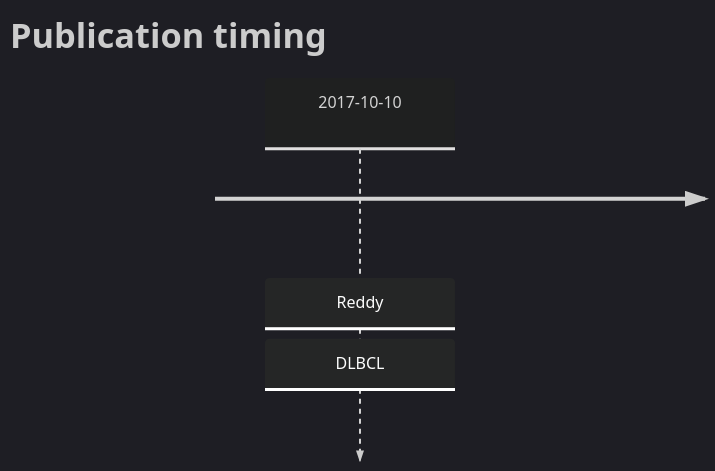
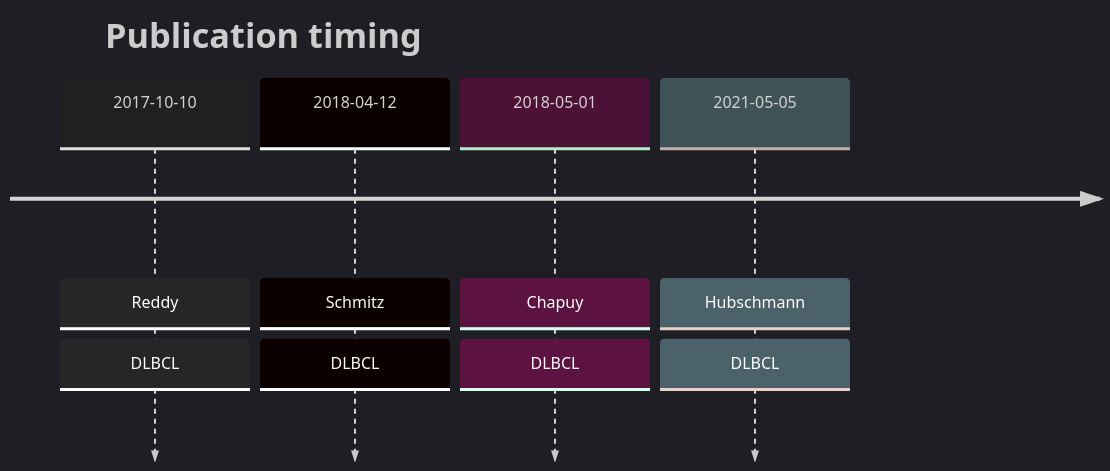
The diagram in TOX.md (morinlab/lymphopedia), drawn with Mermaid before and after one commit. The commit also changed other lines of this file, not shown here.

````diff
--- a/TOX.md
+++ b/TOX.md
@@ -9,6 +9,9 @@
 ```mermaid
 %%{init: { 'logLevel': 'debug', 'theme': 'dark' } }%%
 timeline
     title Publication timing
-      2017-10-10 : Reddy : DLBCL
+2017-10-10 : Reddy : DLBCL
+2018-04-12 : Schmitz : DLBCL
+2018-05-01 : Chapuy : DLBCL
+2021-05-05 : Hubschmann : DLBCL
 ```
````
